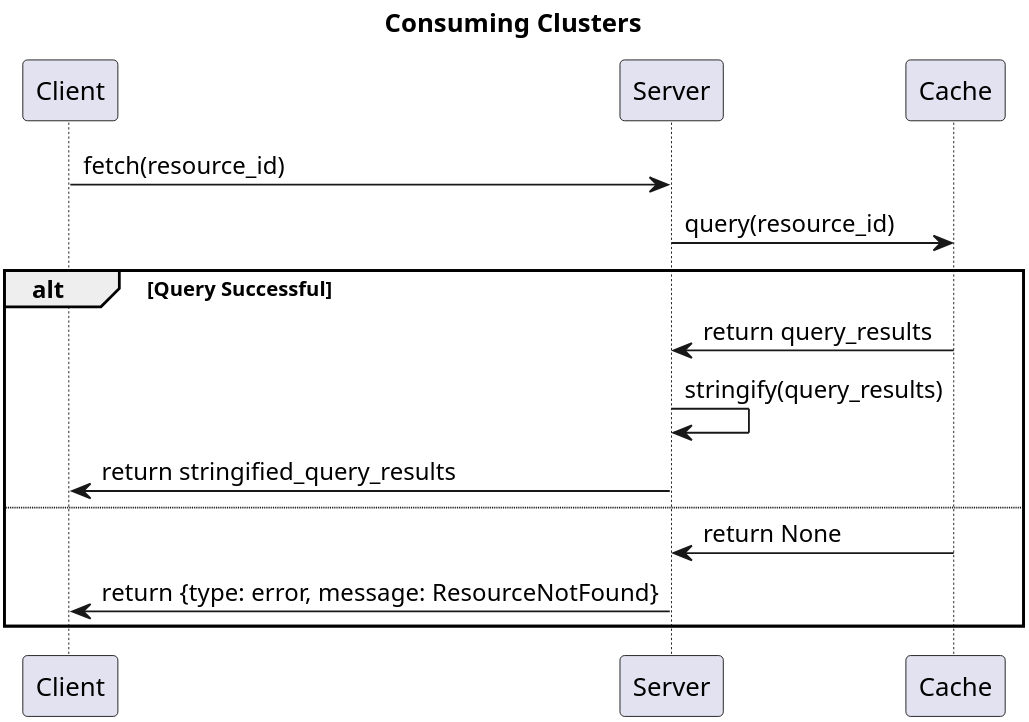
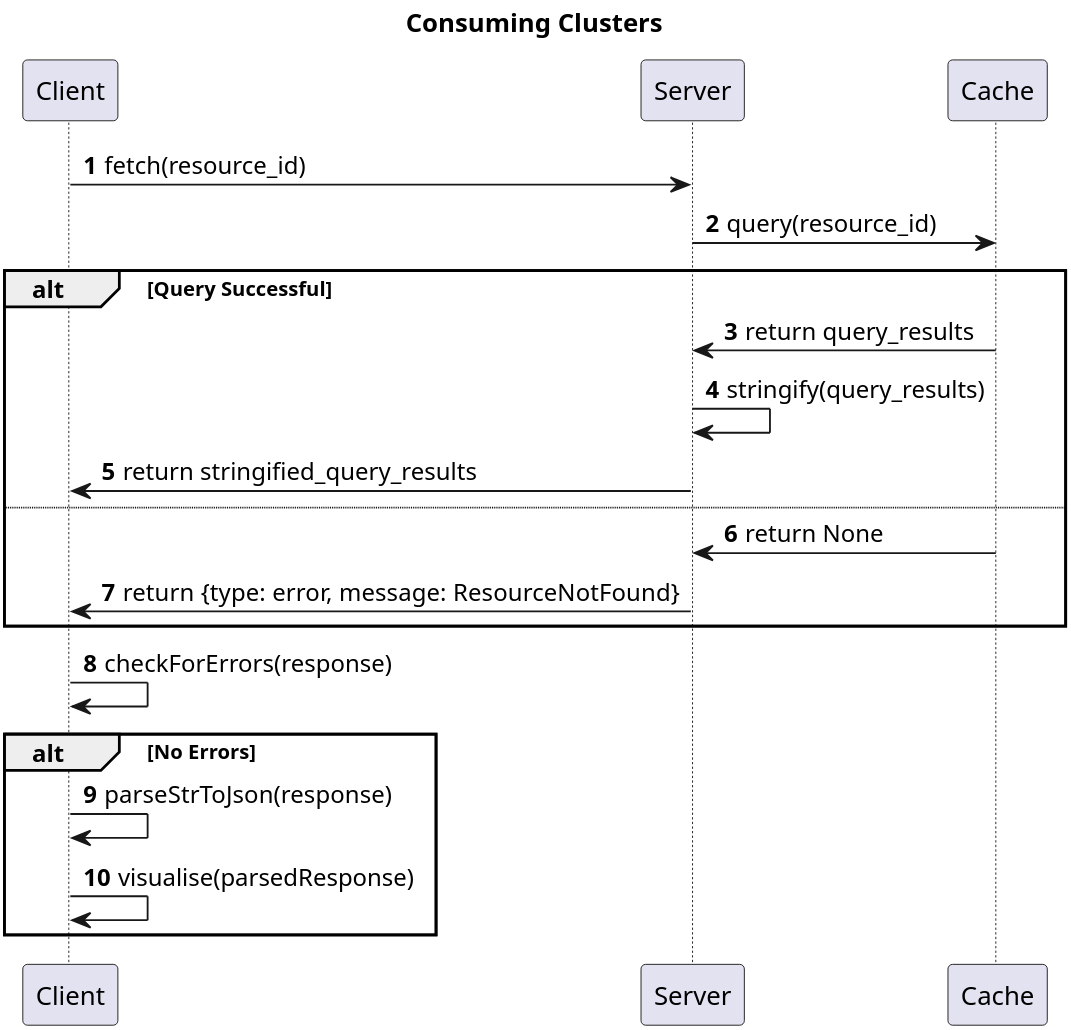
Before and after one commit to keremistan/DataWiz: the diagram in documentation/src/ConsumingClusters.wsd, drawn with PlantUML. The commit also changed 549 other files, not shown here.

```diff
--- a/documentation/src/ConsumingClusters.wsd
+++ b/documentation/src/ConsumingClusters.wsd
@@ -1,18 +1,25 @@
 @startuml
 
 title Consuming Clusters
 scale 5
+autonumber
 
 Client -> Server: fetch(resource_id)
 Server -> Cache: query(resource_id)
 alt Query Successful
     Server <- Cache: return query_results
     Server -> Server: stringify(query_results)
     Client <- Server: return stringified_query_results
 else
     Server <- Cache: return None
     Client <- Server: return {type: error, message: ResourceNotFound}
 end
 
+Client -> Client: checkForErrors(response)
+alt No Errors
+	Client -> Client: parseStrToJson(response)
+	Client -> Client: visualise(parsedResponse)
+end
+
 
 @enduml
```
